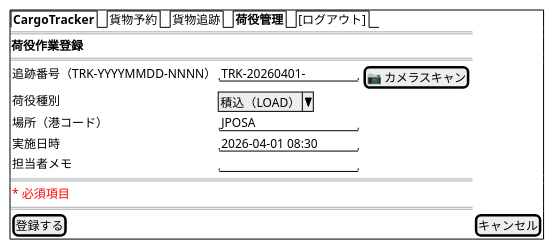
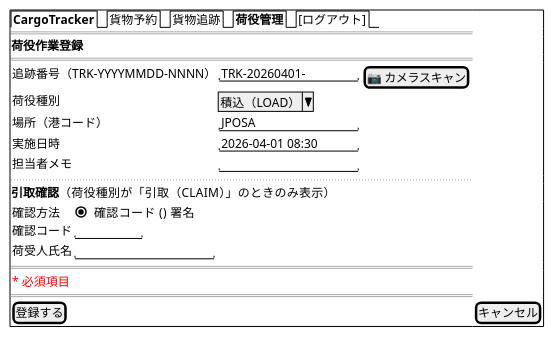
One commit to k2works/case-study-cargo-tracker changed diagram 14 of 26 in docs/design/ui_design.md. Above: the diagram before and after it, drawn with PlantUML. The commit also changed other lines of this file and 3 other files, not shown here.

````diff
--- a/docs/design/ui_design.md
+++ b/docs/design/ui_design.md
@@ -743,23 +1038,30 @@
 ```plantuml
 @startsalt
 {+
   {/ <b>CargoTracker</b> | 貨物予約 | 貨物追跡 | <b>荷役管理</b> | [ログアウト] }
   ==
   <b>荷役作業登録</b>
   ==
   {
     追跡番号（TRK-YYYYMMDD-NNNN） | "TRK-20260401-    " | [📷 カメラスキャン]
     荷役種別                       | ^積込（LOAD）^
     場所（港コード）               | "JPOSA            "
     実施日時                       | "2026-04-01 08:30 "
     担当者メモ                     | "                 "
   }
+  ..
+  <b>引取確認</b>（荷役種別が「引取（CLAIM）」のときのみ表示）
+  {
+    確認方法    | (X) 確認コード  () 署名
+    確認コード  | "        "
+    荷受人氏名  | "                 "
+  }
   ==
   {
     <color:red>* 必須項目</color>
   }
   ==
   [登録する] | [キャンセル]
 }
 @endsalt
 ```
````
